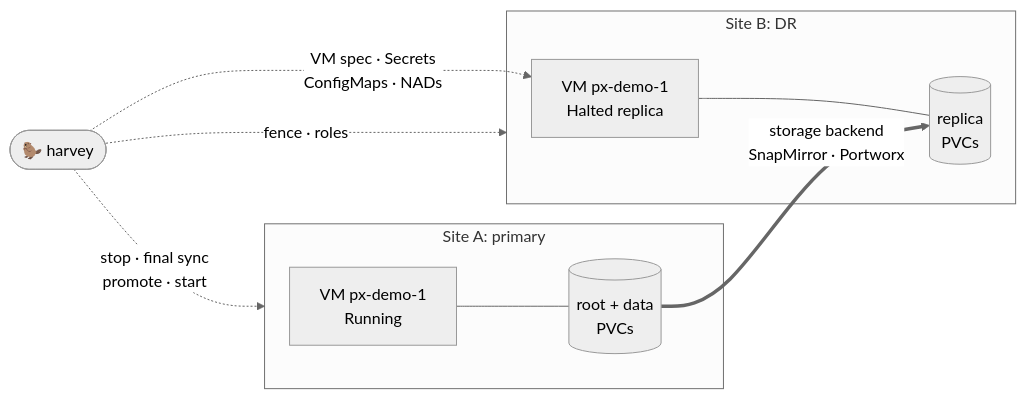
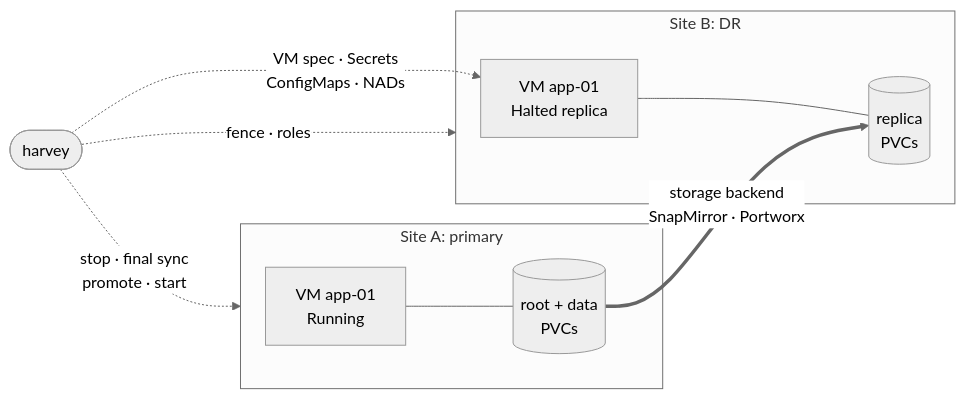
Before and after one commit to abonillabeeche/harvey: the first of 2 diagrams in README.md, drawn with Mermaid (neutral theme). The commit also changed other lines of this file, not shown here.

Commit message:
docs(readme): generic VM name and no emoji in the diagrams

````diff
--- a/README.md
+++ b/README.md
@@ -75,18 +75,18 @@
 ```mermaid
 flowchart LR
     subgraph A["Site A: primary"]
-        VMA["VM px-demo-1<br/>Running"]
+        VMA["VM app-01<br/>Running"]
         DA[("root + data<br/>PVCs")]
         VMA --- DA
     end
     subgraph B["Site B: DR"]
-        VMB["VM px-demo-1<br/>Halted replica"]
+        VMB["VM app-01<br/>Halted replica"]
         DB[("replica<br/>PVCs")]
         VMB --- DB
     end
-    H(["🦫 harvey"])
+    H(["harvey"])
     DA == "storage backend<br/>SnapMirror · Portworx" ==> DB
     H -. "VM spec · Secrets<br/>ConfigMaps · NADs" .-> VMB
     H -. "stop · final sync<br/>promote · start" .-> A
     H -. "fence · roles" .-> B
 ```
````
